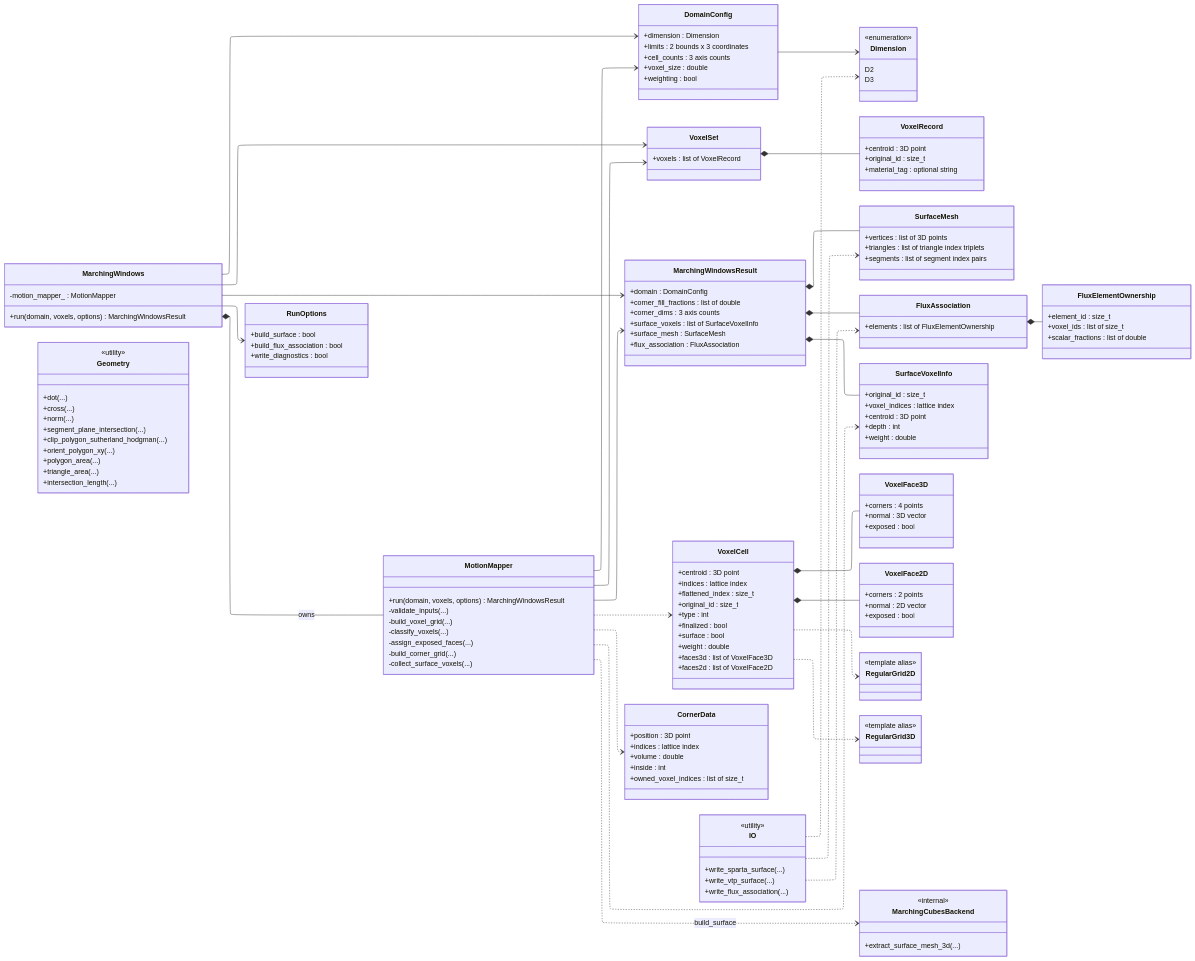
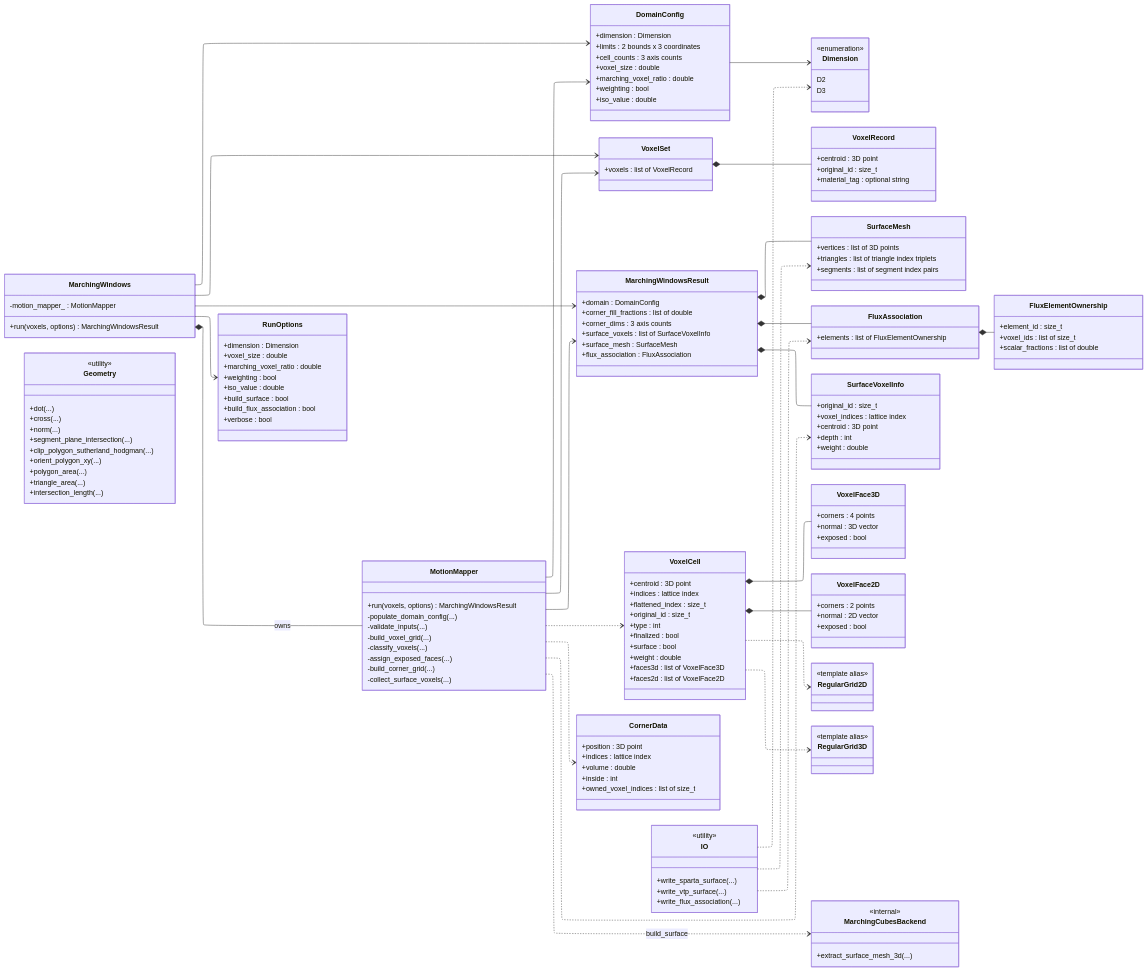
Before and after one commit to ctfl-public/isthmus: the diagram in uml.md, drawn with Mermaid. The commit also changed 16 other files, not shown here.

Commit message:
feat(buffer): remove DomainConfig as input for MarchingWindows, only required inputs are VoxelSet and RunOptions

```diff
--- a/uml.md
+++ b/uml.md
@@ -14,12 +14,13 @@
 direction LR
 
 class MarchingWindows {
-  +run(domain, voxels, options) MarchingWindowsResult
+  +run(voxels, options) MarchingWindowsResult
   -motion_mapper_ : MotionMapper
 }
 
 class MotionMapper {
-  +run(domain, voxels, options) MarchingWindowsResult
+  +run(voxels, options) MarchingWindowsResult
+  -populate_domain_config(...)
   -validate_inputs(...)
   -build_voxel_grid(...)
   -classify_voxels(...)
@@ -35,9 +36,14 @@
 }
 
 class RunOptions {
+  +dimension : Dimension
+  +voxel_size : double
+  +marching_voxel_ratio : double
+  +weighting : bool
+  +iso_value : double
   +build_surface : bool
   +build_flux_association : bool
-  +write_diagnostics : bool
+  +verbose : bool
 }
 
 class DomainConfig {
@@ -45,7 +51,9 @@
   +limits : 2 bounds x 3 coordinates
   +cell_counts : 3 axis counts
   +voxel_size : double
+  +marching_voxel_ratio : double
   +weighting : bool
+  +iso_value : double
 }
 
 class VoxelRecord {
```
